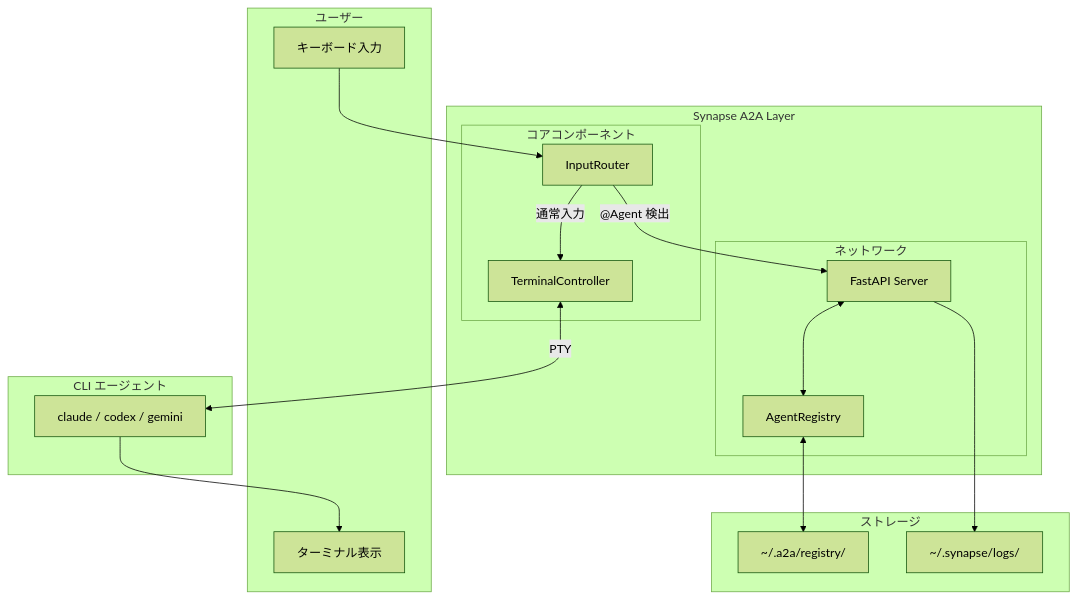
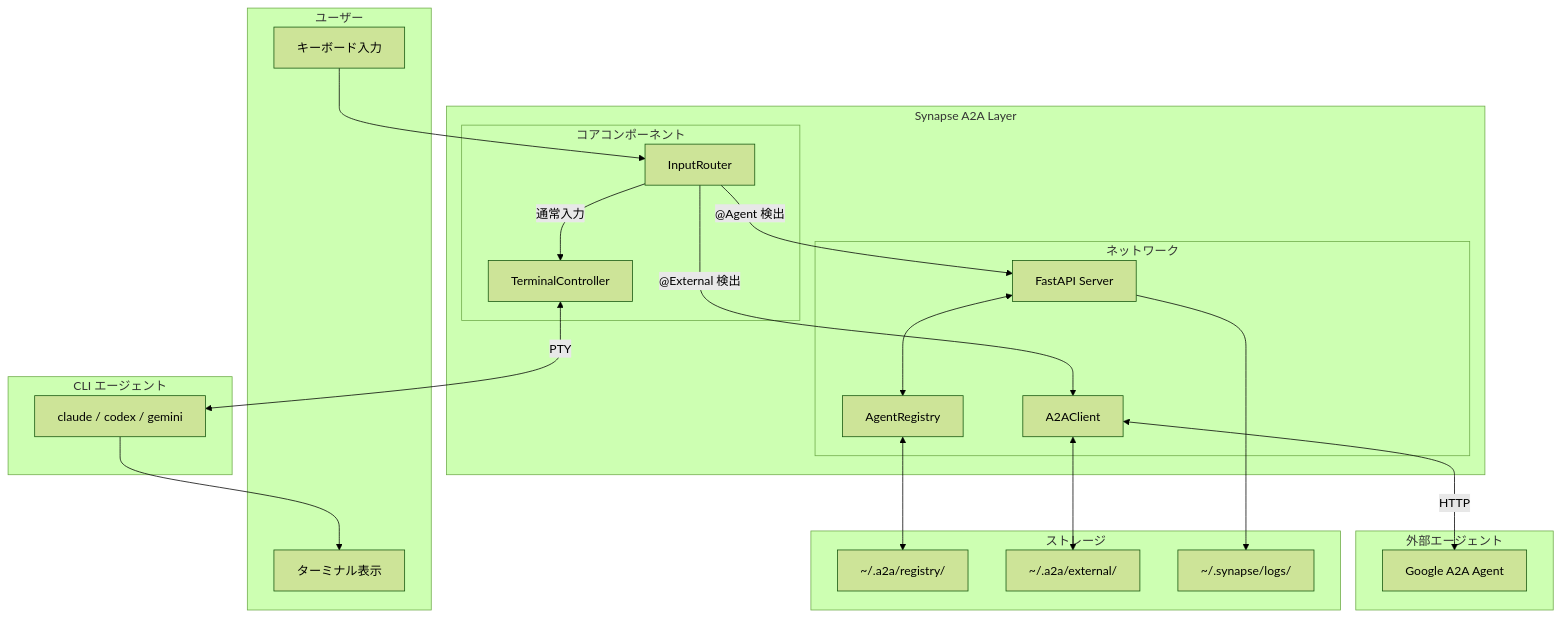
One commit to s-hiraoku/synapse-a2a changed the first of 17 diagrams in guides/architecture.md. Above: the diagram before and after it, drawn with Mermaid (forest theme). The commit also changed other lines of this file and 5 other files, not shown here.

First line of the commit message:
Update documentation for external Google A2A agent support

````diff
--- a/guides/architecture.md
+++ b/guides/architecture.md
@@ -10,37 +10,46 @@
 ```mermaid
 flowchart TB
     subgraph User["ユーザー"]
         Keyboard["キーボード入力"]
         Display["ターミナル表示"]
     end
 
     subgraph Synapse["Synapse A2A Layer"]
         subgraph Core["コアコンポーネント"]
             IR["InputRouter"]
             TC["TerminalController"]
         end
 
         subgraph Network["ネットワーク"]
             Server["FastAPI Server"]
             Registry["AgentRegistry"]
+            A2AClient["A2AClient"]
         end
     end
 
     subgraph CLI["CLI エージェント"]
         Agent["claude / codex / gemini"]
     end
 
+    subgraph External["外部エージェント"]
+        ExtAgent["Google A2A Agent"]
+    end
+
     subgraph Storage["ストレージ"]
         RegistryDir["~/.a2a/registry/"]
+        ExternalDir["~/.a2a/external/"]
         LogDir["~/.synapse/logs/"]
     end
 
     Keyboard --> IR
     IR -->|"通常入力"| TC
     IR -->|"@Agent 検出"| Server
+    IR -->|"@External 検出"| A2AClient
     TC <-->|"PTY"| Agent
     Agent --> Display
     Server <--> Registry
+    A2AClient <-->|"HTTP"| ExtAgent
     Registry <--> RegistryDir
+    A2AClient <--> ExternalDir
     Server --> LogDir
 ```
````
